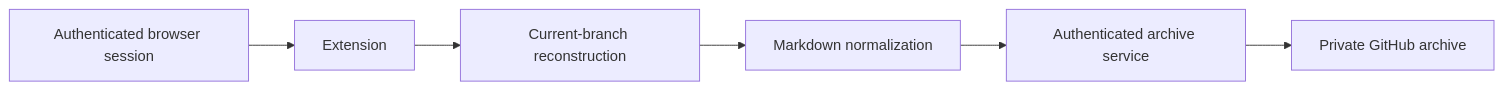
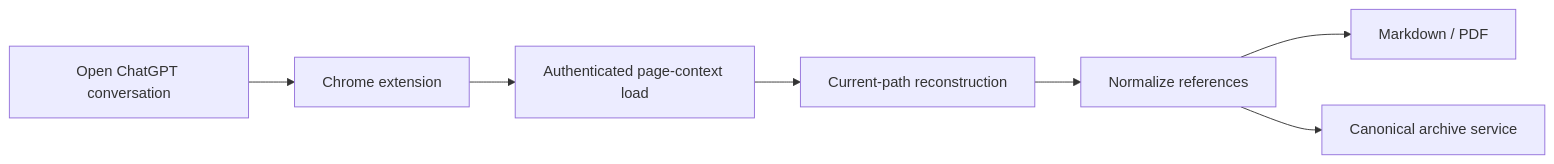
One commit to donzpixelz/donzpixelz changed the fourth of 4 diagrams in portfolio/README.md. Above: the diagram before and after it, drawn with Mermaid. The commit also changed other lines of this file and 4 other files, not shown here.

````diff
--- a/portfolio/README.md
+++ b/portfolio/README.md
@@ -164,8 +105,9 @@
 ```mermaid
 flowchart LR
-    A[Authenticated browser session] --> B[Extension]
-    B --> C[Current-branch reconstruction]
-    C --> D[Markdown normalization]
-    D --> E[Authenticated archive service]
-    E --> F[Private GitHub archive]
+    A[Open ChatGPT conversation] --> B[Chrome extension]
+    B --> C[Authenticated page-context load]
+    C --> D[Current-path reconstruction]
+    D --> E[Normalize references]
+    E --> F[Markdown / PDF]
+    E --> G[Canonical archive service]
 ```
````
